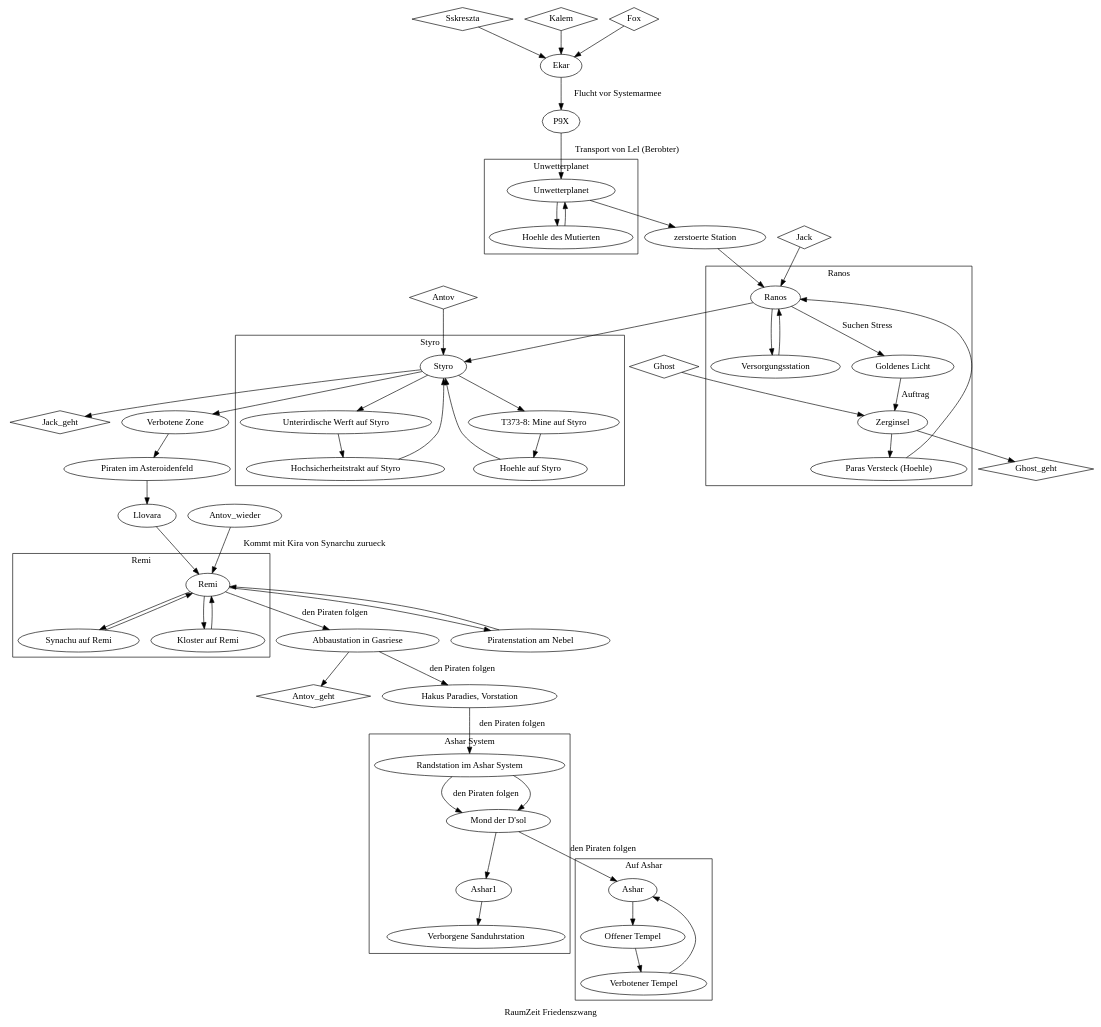
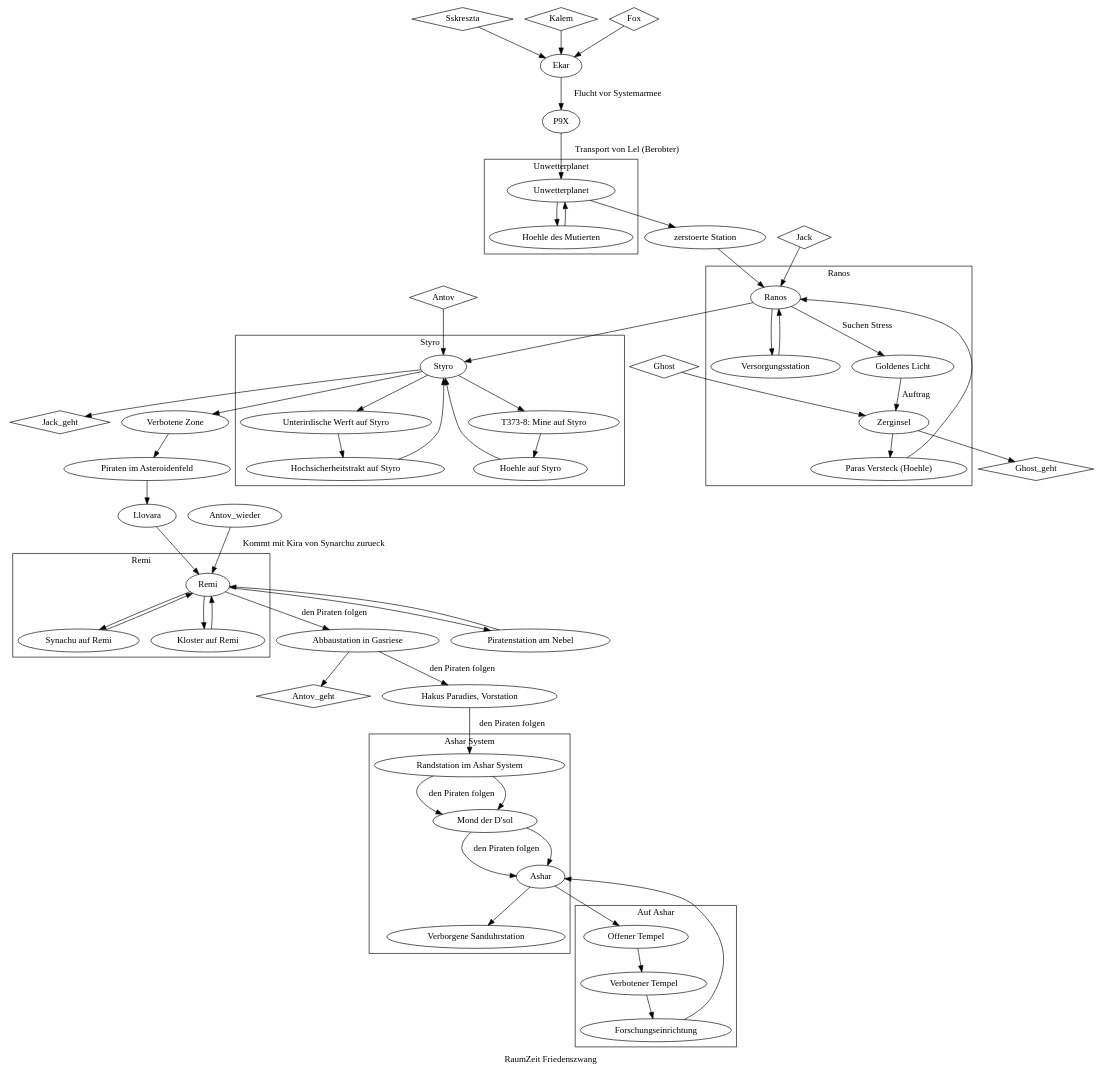
One commit to vaibhav-gupt/Hg changed the diagram in RaumZeit/Charaktere/Sskreszta/stationen_unserer_reise.dot. Above: the diagram before and after it, drawn with Graphviz.

Commit message:
Sskreszta-Log: Stationen unserer Reise: KLeine Korrektur.

```diff
--- a/RaumZeit/Charaktere/Sskreszta/stationen_unserer_reise.dot
+++ b/RaumZeit/Charaktere/Sskreszta/stationen_unserer_reise.dot
@@ -1,84 +1,84 @@
 digraph G {
     name = "RaumZeit Friedenszwang"
     label = "RaumZeit Friedenszwang"
     // Personen
     node [shape="diamond"] Sskreszta; Kalem; Fox; Jack; Jack_geht; Ghost; Ghost_geht; Antov; Antov_geht
     
     node [shape=""]
     // dazugestoßen 
     Sskreszta -> Ekar
     Kalem -> Ekar
     Fox -> Ekar
     Jack -> Ranos
     Ghost -> Zerginsel 
     Antov -> Styro
     
     // verlassen
     Zerginsel -> Ghost_geht
     Styro -> Jack_geht
     "Abbaustation in Gasriese" -> Antov_geht
 
     // wiedergekommen
     edge [label="Kommt mit Kira von Synarchu zurueck"]
     Antov_wieder -> Remi
     
     // Der Weg
     edge [label="Flucht vor Systemarmee"] Ekar -> P9X 
     edge [label="Transport von Lel (Berobter)"] P9X -> Unwetterplanet
     edge [label=""]
     Unwetterplanet -> "zerstoerte Station" -> Ranos -> Styro -> "Verbotene Zone" -> "Piraten im Asteroidenfeld" -> Llovara -> Remi -> "Piratenstation am Nebel" -> Remi
 
     edge [label="den Piraten folgen"] Remi -> "Abbaustation in Gasriese" 
     "Abbaustation in Gasriese" -> "Hakus Paradies, Vorstation" -> "Randstation im Ashar System"
     "Randstation im Ashar System" -> "Mond der D'sol" -> "Ashar"
 
     // Wie es weitergehen koennte. 
     edge [style="dashed"]
     
     edge [label="" style=""]
     // Beschreibungen
         
         // Ereignisse auf dem Unwetterplaneten
         subgraph cluster0 {
             name = Unwetterplanet
             label = Unwetterplanet
             Unwetterplanet -> "Hoehle des Mutierten" -> Unwetterplanet
         }
         
         // Ereignisse in Ranos
         subgraph cluster1 {
             name = Ranos
             label = Ranos
             edge [label="Suchen Stress"]Ranos -> "Goldenes Licht"
             edge [label="Auftrag"] "Goldenes Licht" -> Zerginsel
             edge [label=""] Zerginsel -> "Paras Versteck (Hoehle)" -> Ranos -> Versorgungsstation -> Ranos
         }
         
         // Ereignisse in Styro
         subgraph cluster2 {
             name = Styro
             label = Styro
             Styro -> "T373-8: Mine auf Styro" ->  "Hoehle auf Styro" -> Styro -> "Unterirdische Werft auf Styro" -> "Hochsicherheitstrakt auf Styro" -> Styro 
         }
         
         // Ereignisse auf Remi
         subgraph cluster3 { 
             name = Remi
             label = Remi
             Remi -> "Synachu auf Remi" -> Remi -> "Kloster auf Remi" -> Remi
         }
 
         // Ereignisse bei Ashar
         subgraph cluster4 { 
             name = "Ashar System"
             label = "Ashar System"
-            "Randstation im Ashar System" -> "Mond der D'sol" -> "Ashar1" -> "Verborgene Sanduhrstation"
+            "Randstation im Ashar System" -> "Mond der D'sol" -> "Ashar" -> "Verborgene Sanduhrstation"
         }
 
         // Ereignisse auf Ashar
         subgraph cluster5 { 
             name = "Auf Ashar"
             label = "Auf Ashar"
-            Ashar -> "Offener Tempel" -> "Verbotener Tempel" -> Ashar
+            Ashar -> "Offener Tempel" -> "Verbotener Tempel" -> Forschungseinrichtung -> Ashar
         }
 }
```
